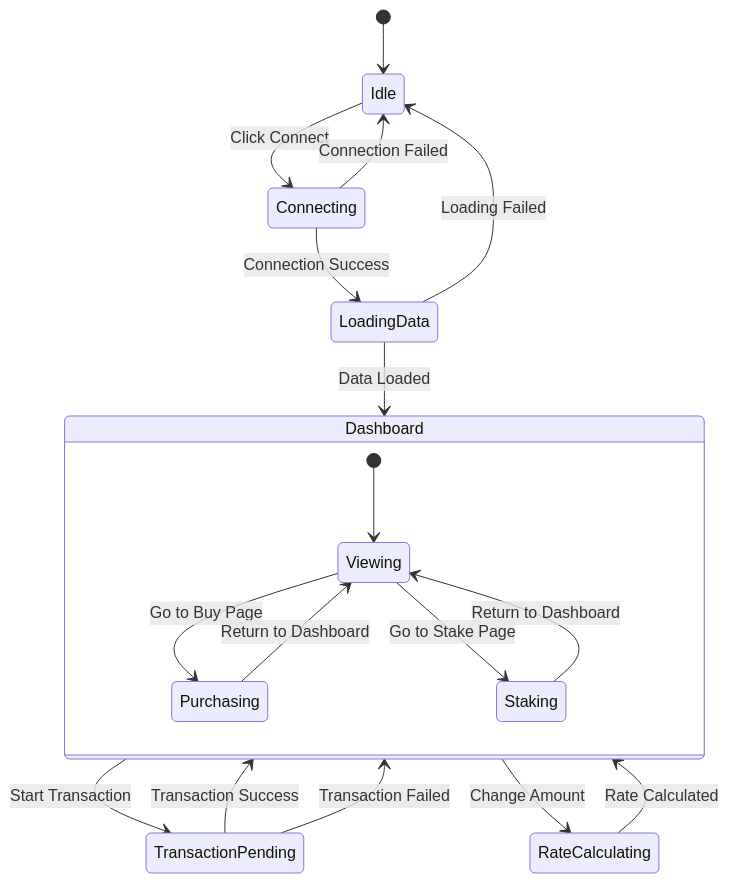
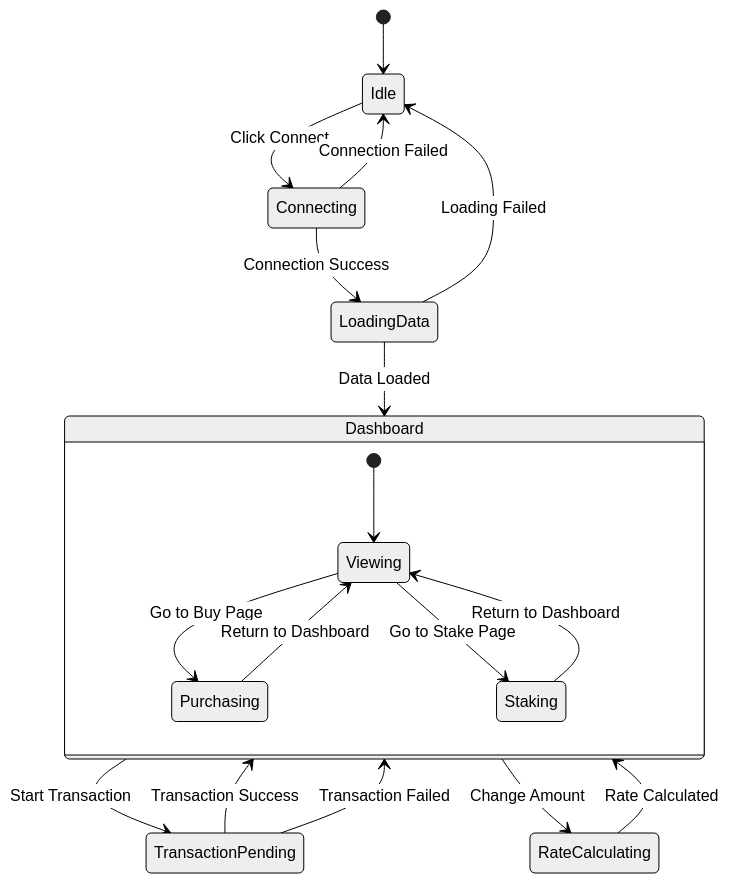
Before and after one commit to jmakwana01/InsightTiers: the eighth of 10 diagrams in README.md, drawn with Mermaid. The commit also changed other lines of this file, not shown here.

````diff
--- a/README.md
+++ b/README.md
@@ -415,27 +419,27 @@
 ```mermaid
-
+%%{init: {'theme':'neutral', 'themeVariables': {'primaryColor': '#f5f5f5', 'primaryTextColor': '#000000', 'primaryBorderColor': '#333333', 'lineColor': '#666666', 'fontFamily': 'arial'}}}%%
 stateDiagram-v2
     [*] --> Idle
     
     Idle --> Connecting: Click Connect
     Connecting --> LoadingData: Connection Success
     Connecting --> Idle: Connection Failed
     
     LoadingData --> Dashboard: Data Loaded
     LoadingData --> Idle: Loading Failed
     
     Dashboard --> TransactionPending: Start Transaction
     TransactionPending --> Dashboard: Transaction Success
     TransactionPending --> Dashboard: Transaction Failed
     
     Dashboard --> RateCalculating: Change Amount
     RateCalculating --> Dashboard: Rate Calculated
     
     state Dashboard {
         [*] --> Viewing
         Viewing --> Purchasing: Go to Buy Page
         Viewing --> Staking: Go to Stake Page
         Purchasing --> Viewing: Return to Dashboard
         Staking --> Viewing: Return to Dashboard
     }
 ```
````
